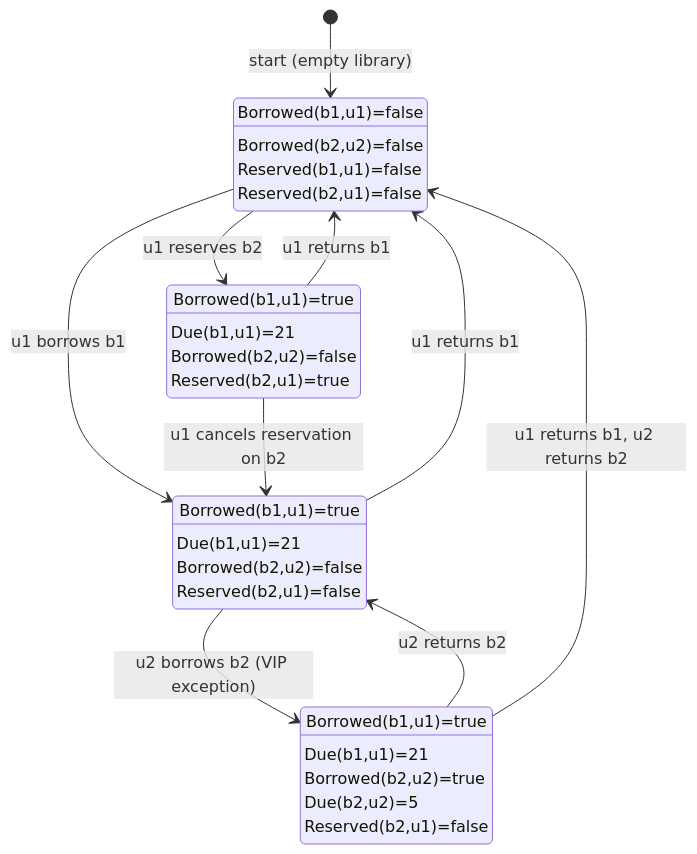
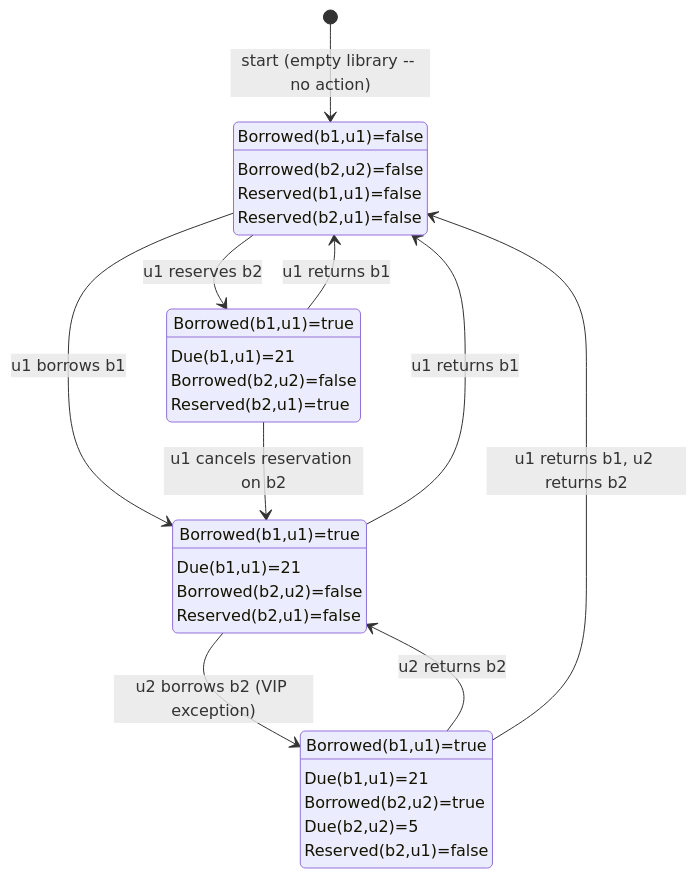
One commit to Feyerabend/bb changed the first of 3 diagrams in workbook/ch06/sec/paradigm/modern/AUDITOR.md. Above: the diagram before and after it, drawn with Mermaid. The commit also changed other lines of this file, not shown here.

````diff
--- a/workbook/ch06/sec/paradigm/modern/AUDITOR.md
+++ b/workbook/ch06/sec/paradigm/modern/AUDITOR.md
@@ -547,37 +550,37 @@
 ```mermaid
 stateDiagram-v2
-    [*] --> w4 : start (empty library)
+    [*] --> w4 : start (empty library -- no action)
 
     w4 : Borrowed(b1,u1)=false
     w4 : Borrowed(b2,u2)=false
     w4 : Reserved(b1,u1)=false
     w4 : Reserved(b2,u1)=false
 
     w4 --> w1 : u1 borrows b1
     w4 --> w3 : u1 reserves b2
 
     w1 : Borrowed(b1,u1)=true
     w1 : Due(b1,u1)=21
     w1 : Borrowed(b2,u2)=false
     w1 : Reserved(b2,u1)=false
 
     w1 --> w2 : u2 borrows b2 (VIP exception)
     w1 --> w4 : u1 returns b1
 
     w2 : Borrowed(b1,u1)=true
     w2 : Due(b1,u1)=21
     w2 : Borrowed(b2,u2)=true
     w2 : Due(b2,u2)=5
     w2 : Reserved(b2,u1)=false
 
     w2 --> w1 : u2 returns b2
     w2 --> w4 : u1 returns b1, u2 returns b2
 
     w3 : Borrowed(b1,u1)=true
     w3 : Due(b1,u1)=21
     w3 : Borrowed(b2,u2)=false
     w3 : Reserved(b2,u1)=true
 
     w3 --> w1 : u1 cancels reservation on b2
     w3 --> w4 : u1 returns b1
 ```
````
